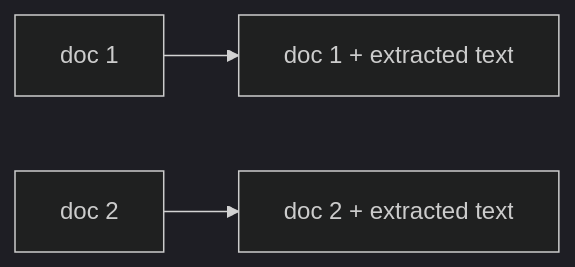
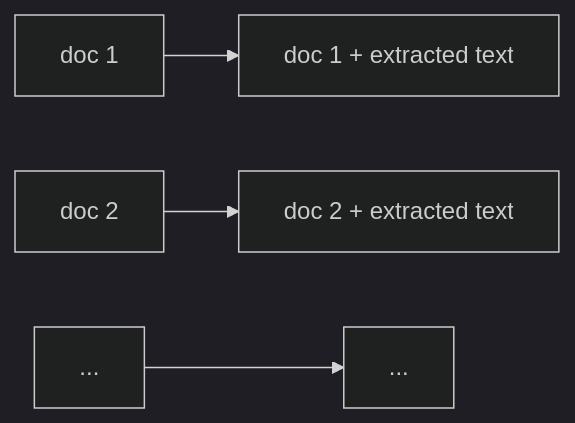
Before and after one commit to ucbepic/docetl: the diagram in docs/operators/extract.md, drawn with Mermaid (dark theme). The commit also changed 8 other files, not shown here.

First line of the commit message:
Operator diagrams: center, add continuation rows

````diff
--- a/docs/operators/extract.md
+++ b/docs/operators/extract.md
@@ -11,5 +11,6 @@
 ```mermaid
 flowchart LR
     d1["doc 1"] --> e1["doc 1 + extracted text"]
     d2["doc 2"] --> e2["doc 2 + extracted text"]
+    dn["..."] --> en["..."]
 ```
````
